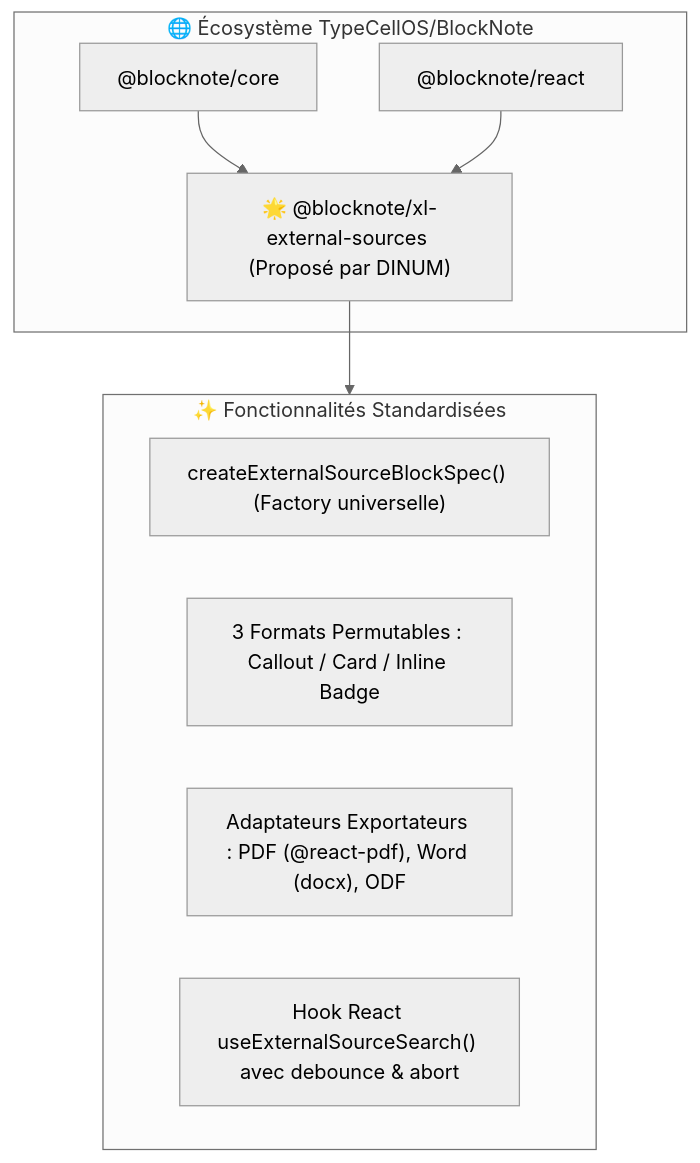
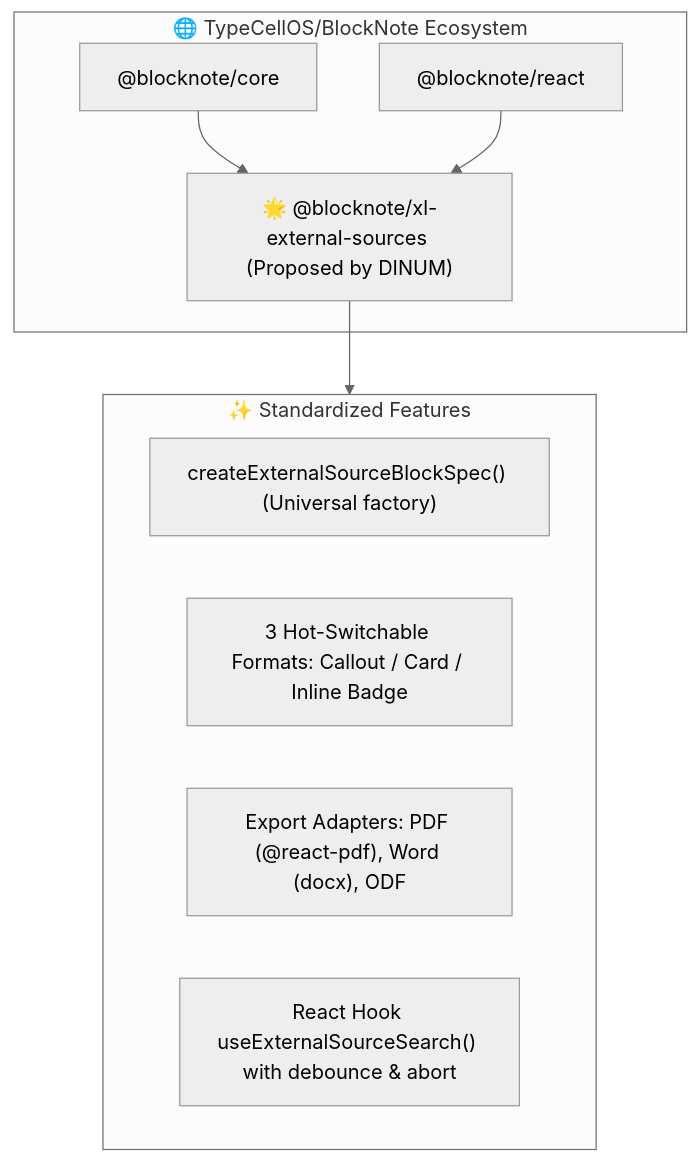
One commit to waxland/dinum-setup changed the diagram in PR/03-blocknote-slasher-rfc.md. Above: the diagram before and after it, drawn with Mermaid (neutral theme). The commit also changed other lines of this file and 77 other files, not shown here.

````diff
--- a/PR/03-blocknote-slasher-rfc.md
+++ b/PR/03-blocknote-slasher-rfc.md
@@ -29,19 +29,19 @@
 ```mermaid
 flowchart TD
-    subgraph Upstream["🌐 Écosystème TypeCellOS/BlockNote"]
+    subgraph Upstream["🌐 TypeCellOS/BlockNote Ecosystem"]
         Core["@blocknote/core"]
         React["@blocknote/react"]
-        CommunityExt["🌟 @blocknote/xl-external-sources (Proposé par DINUM)"]
+        CommunityExt["🌟 @blocknote/xl-external-sources (Proposed by DINUM)"]
     end
 
-    subgraph Features["✨ Fonctionnalités Standardisées"]
-        F1["createExternalSourceBlockSpec() (Factory universelle)"]
-        F2["3 Formats Permutables : Callout / Card / Inline Badge"]
-        F3["Adaptateurs Exportateurs : PDF (@react-pdf), Word (docx), ODF"]
-        F4["Hook React useExternalSourceSearch() avec debounce & abort"]
+    subgraph Features["✨ Standardized Features"]
+        F1["createExternalSourceBlockSpec() (Universal factory)"]
+        F2["3 Hot-Switchable Formats: Callout / Card / Inline Badge"]
+        F3["Export Adapters: PDF (@react-pdf), Word (docx), ODF"]
+        F4["React Hook useExternalSourceSearch() with debounce & abort"]
     end
 
     Core --> CommunityExt
     React --> CommunityExt
     CommunityExt --> Features
 ```
````
